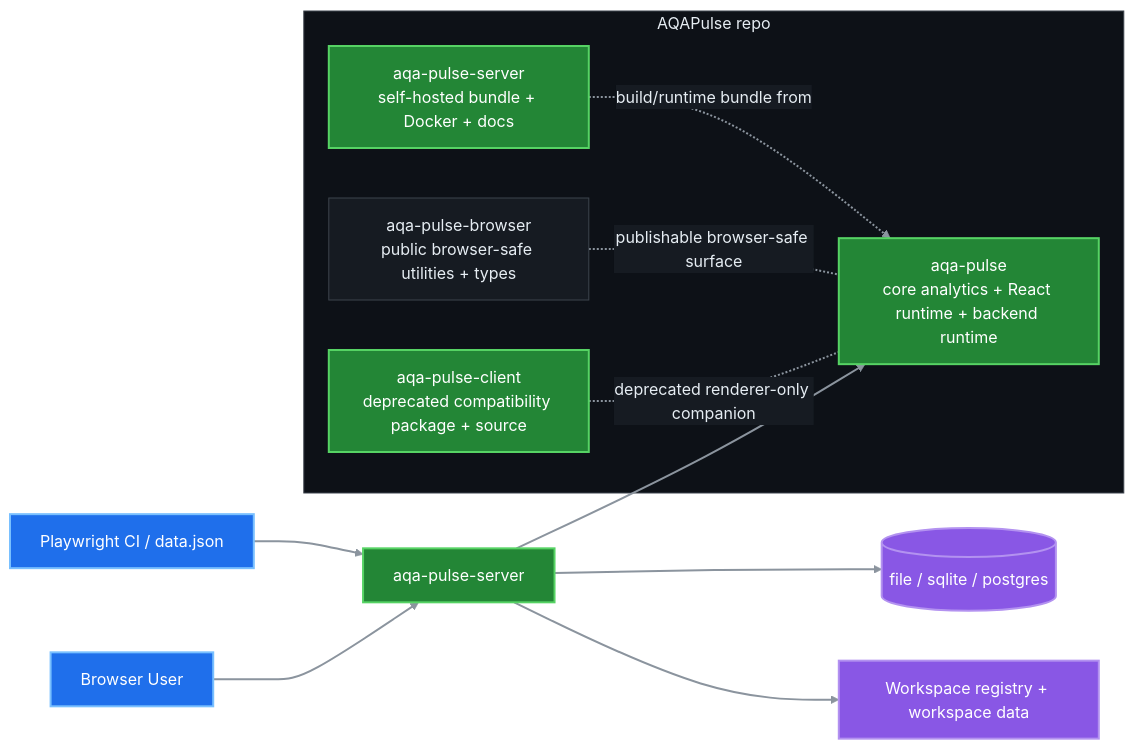
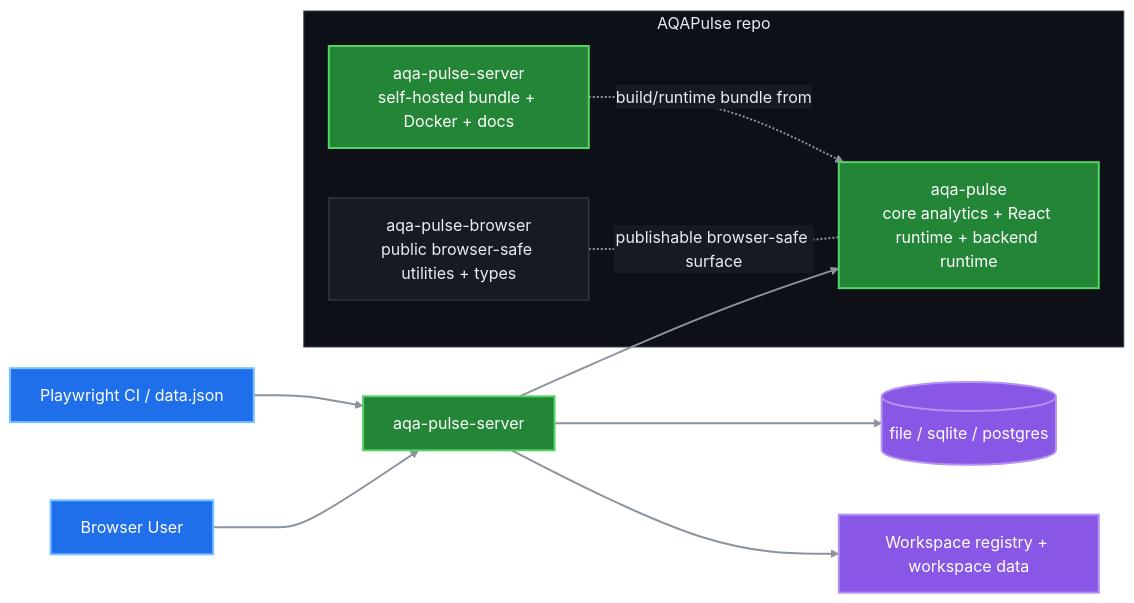
Before and after one commit to MrForbish/AQAPulse: the second of 10 diagrams in ARCHITECTURE-DIAGRAMS.md, drawn with Mermaid. The commit also changed 72 other files, not shown here.

````diff
--- a/ARCHITECTURE-DIAGRAMS.md
+++ b/ARCHITECTURE-DIAGRAMS.md
@@ -57,50 +57,48 @@
 ```mermaid
 %%{init: {
     "theme": "base",
     "themeVariables": {
         "background": "#0d1117",
         "primaryColor": "#161b22",
         "primaryTextColor": "#e6edf3",
         "primaryBorderColor": "#3d444d",
         "secondaryColor": "#161b22",
         "secondaryTextColor": "#e6edf3",
         "secondaryBorderColor": "#3d444d",
         "tertiaryColor": "#161b22",
         "tertiaryTextColor": "#e6edf3",
         "tertiaryBorderColor": "#3d444d",
         "lineColor": "#8b949e",
         "textColor": "#e6edf3",
         "mainBkg": "#161b22",
         "clusterBkg": "#0d1117",
         "clusterBorder": "#3d444d",
         "edgeLabelBackground": "#161b22"
     }
 }}%%
 flowchart LR
         CI[Playwright CI / data.json] --> SERVER[aqa-pulse-server]
         USER[Browser User] --> SERVER
 
         subgraph Repo[AQAPulse repo]
             COREPKG[aqa-pulse\ncore analytics + React runtime + backend runtime]
                 SERVERPKG[aqa-pulse-server\nself-hosted bundle + Docker + docs]
             BROWSERPKG[aqa-pulse-browser\npublic browser-safe utilities + types]
-            CLIENTPKG[aqa-pulse-client\ndeprecated compatibility package + source]
         end
 
         SERVERPKG -. build/runtime bundle from .-> COREPKG
         SERVER --> COREPKG
         BROWSERPKG -. publishable browser-safe surface .- COREPKG
-        CLIENTPKG -. deprecated renderer-only companion .- COREPKG
 
         SERVER --> STORAGE[(file / sqlite / postgres)]
         SERVER --> WS[Workspace registry + workspace data]
 
         classDef external fill:#1f6feb,stroke:#79c0ff,color:#ffffff,stroke-width:2px;
         classDef runtime fill:#238636,stroke:#56d364,color:#ffffff,stroke-width:2px;
         classDef data fill:#8957e5,stroke:#b392f0,color:#ffffff,stroke-width:2px;
 
         class CI,USER external;
         class SERVER,COREPKG,SERVERPKG,CLIENTPKG runtime;
         class STORAGE,WS data;
         linkStyle default stroke:#8b949e,stroke-width:2px;
 ```
````
